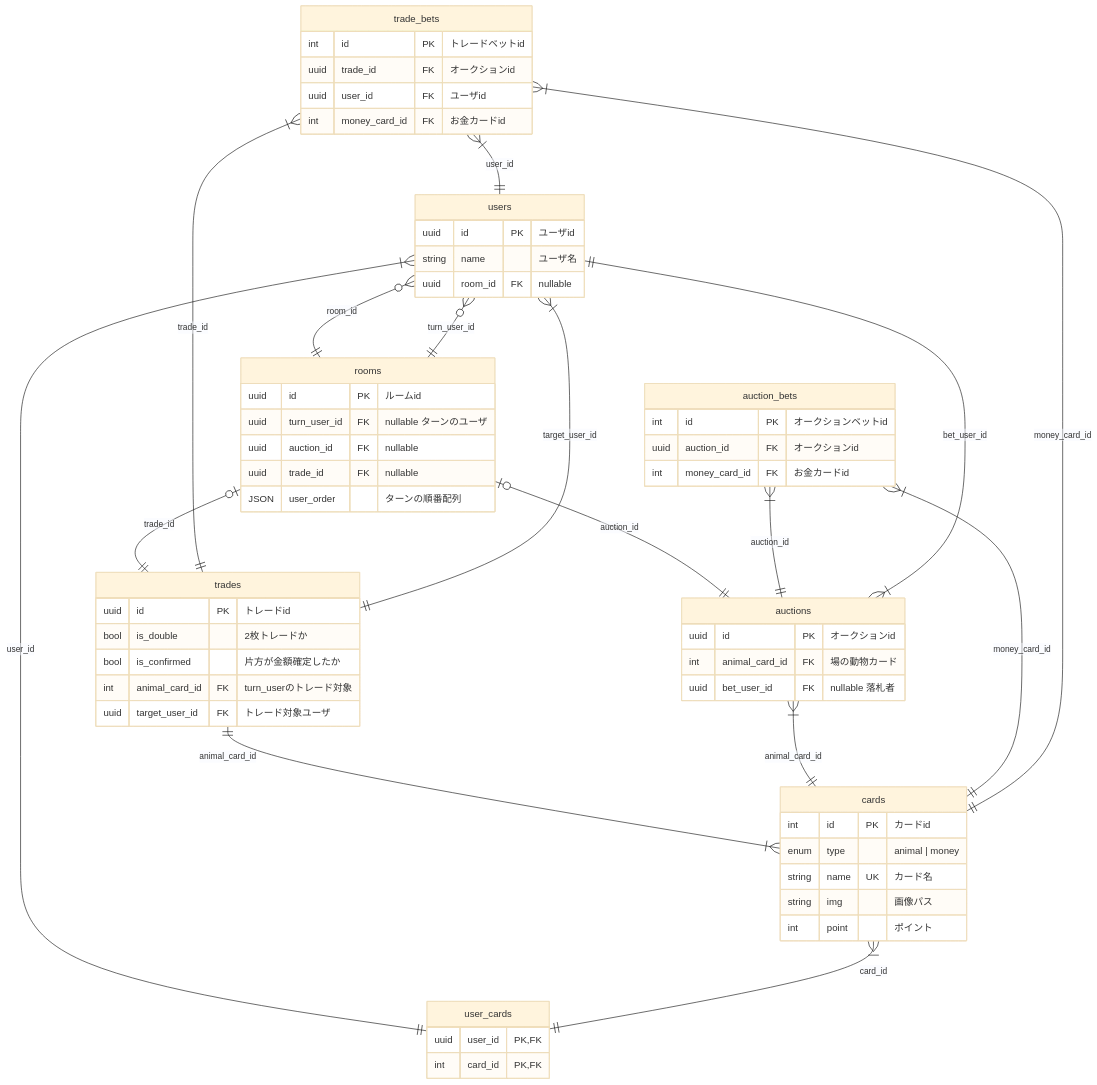
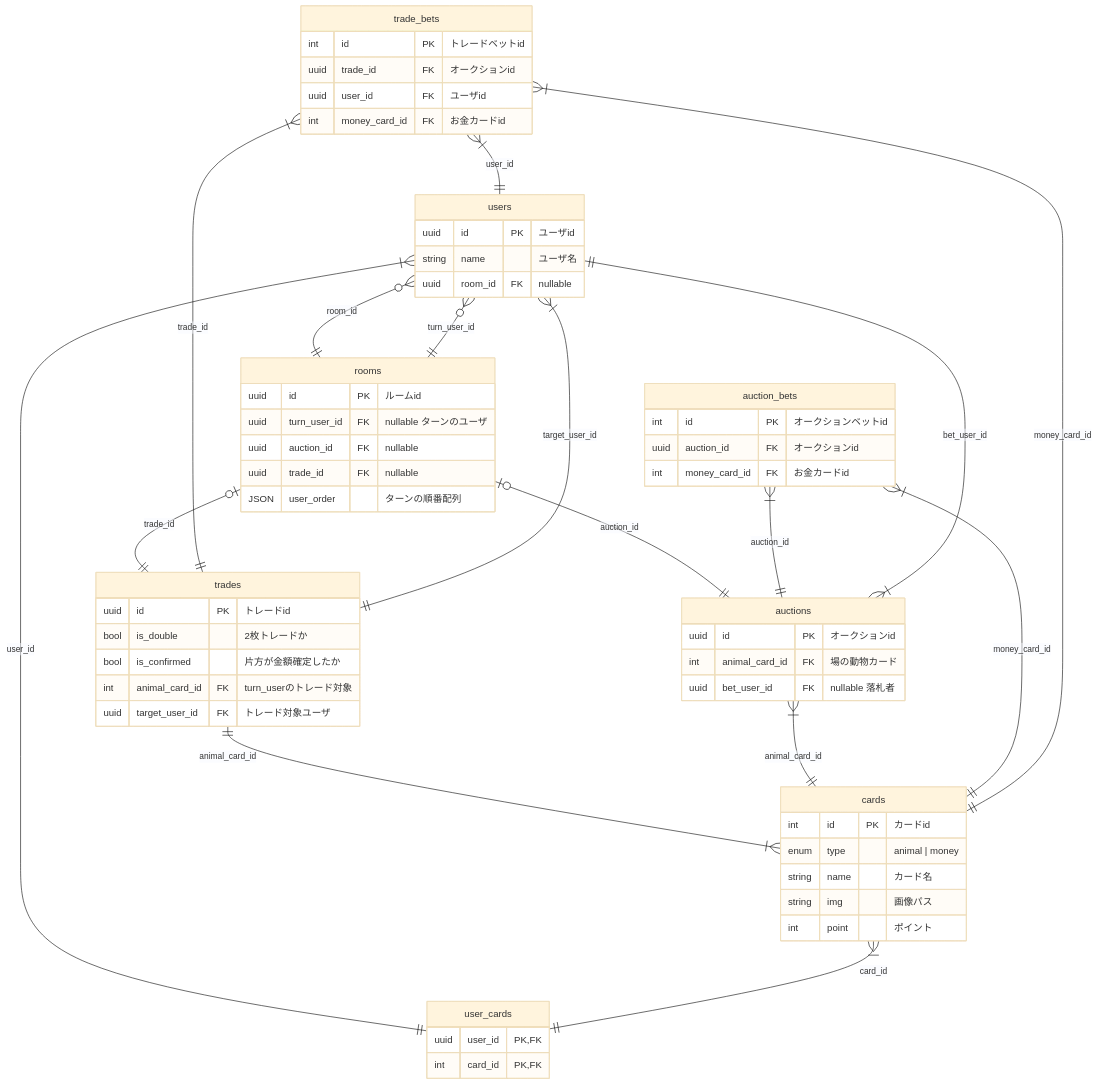
One commit to alltheturkey/auction changed the diagram in document/ER-diagram.md. Above: the diagram before and after it, drawn with Mermaid (base theme). The commit also changed 5 other files, not shown here.

Commit message:
fix(backend): prisma schema

````diff
--- a/document/ER-diagram.md
+++ b/document/ER-diagram.md
@@ -1,72 +1,72 @@
 ```mermaid
 erDiagram
     users o{--|| rooms : "room_id"
     rooms ||--o{ users : "turn_user_id"
     users |{--|| user_cards : "user_id"
     cards |{--|| user_cards : "card_id"
     rooms o|--|| auctions : "auction_id"
     rooms o|--|| trades : "trade_id"
     trades ||--|{ cards : "animal_card_id"
     trades ||--|{ users : "target_user_id"
     auctions |{--|| cards : "animal_card_id"
     auctions |{--|| users : "bet_user_id"
     auction_bets |{--|| auctions : "auction_id"
     auction_bets |{--|| cards : "money_card_id"
     trade_bets |{--|| trades : "trade_id"
     trade_bets |{--|| users : "user_id"
     trade_bets |{--|| cards : "money_card_id"
 
     users {
         uuid id PK "ユーザid"
         string name "ユーザ名"
         uuid room_id FK "nullable"
     }
 
     user_cards {
         uuid user_id PK,FK
         int card_id PK,FK
     }
 
     cards {
         int id PK "カードid"
         enum type "animal | money"
-        string name UK "カード名"
+        string name "カード名"
         string img "画像パス"
         int point "ポイント"
     }
 
     rooms {
         uuid id PK "ルームid"
         uuid turn_user_id FK "nullable ターンのユーザ"
         uuid auction_id FK "nullable"
         uuid trade_id FK "nullable"
         JSON user_order "ターンの順番配列"
     }
 
     auctions {
         uuid id PK "オークションid"
         int animal_card_id FK "場の動物カード"
         uuid bet_user_id FK "nullable 落札者"
     }
 
     auction_bets {
         int id PK "オークションベットid"
         uuid auction_id FK "オークションid"
         int money_card_id FK "お金カードid"
     }
 
     trades {
         uuid id PK "トレードid"
         bool is_double "2枚トレードか"
         bool is_confirmed "片方が金額確定したか"
         int animal_card_id FK "turn_userのトレード対象"
         uuid target_user_id FK "トレード対象ユーザ"
     }
 
     trade_bets{
         int id PK "トレードベットid"
         uuid trade_id FK "オークションid"
         uuid user_id FK "ユーザid"
         int money_card_id FK "お金カードid"
     }
 ```
````
